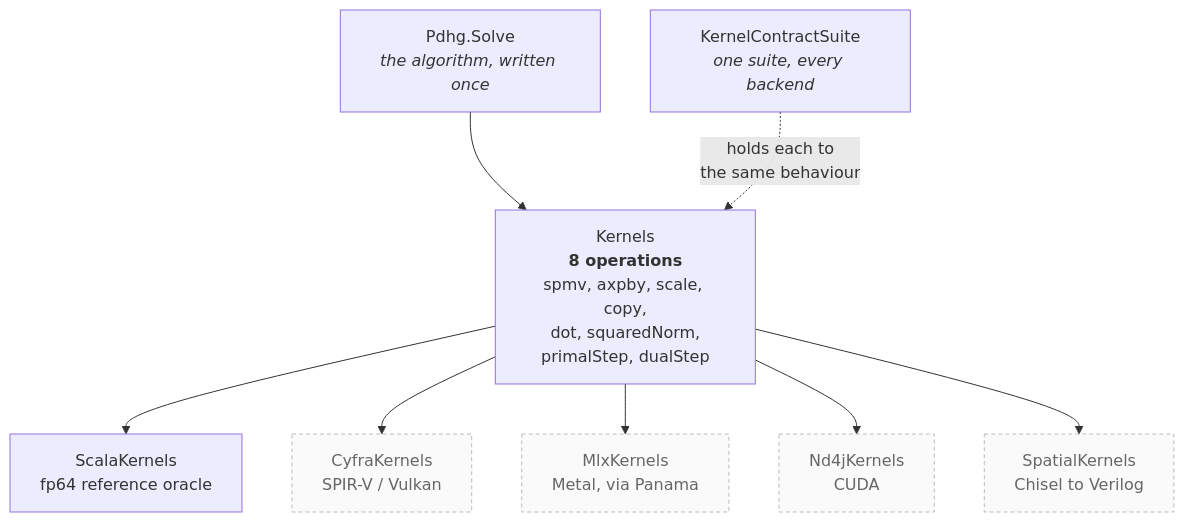
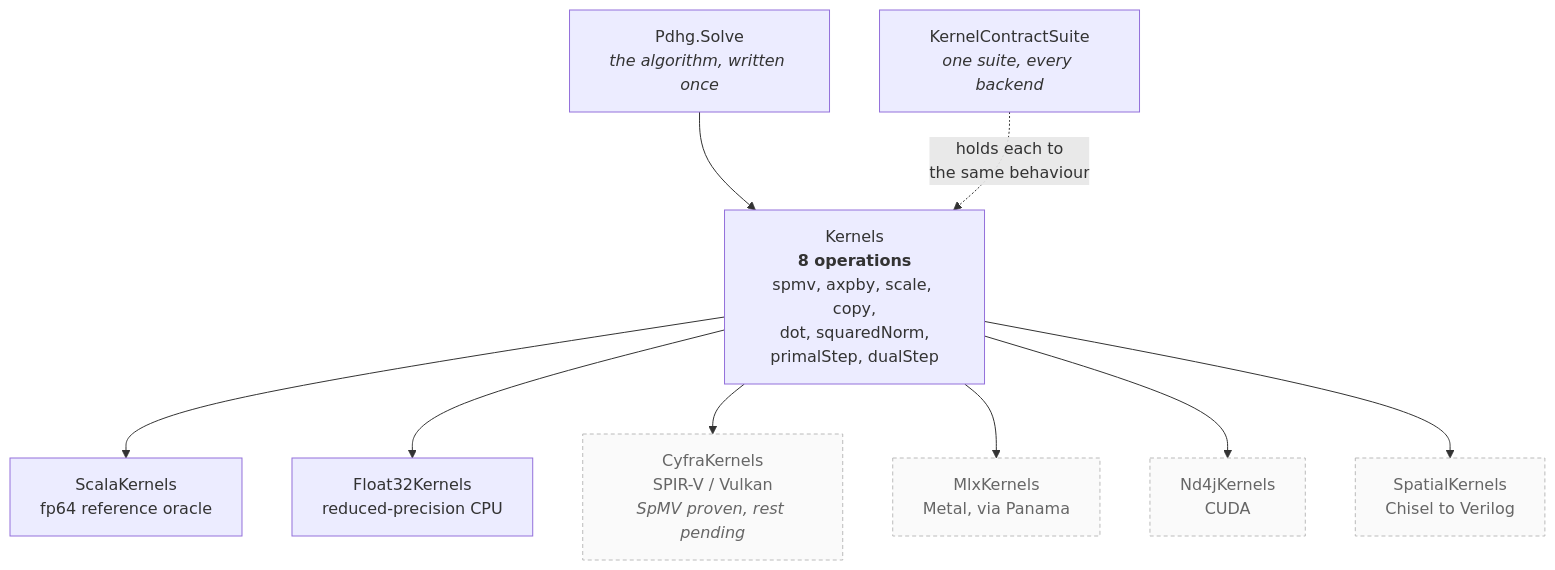
One commit to oluies/noaidi changed the fourth of 6 diagrams in ARCHITECTURE.md. Above: the diagram before and after it, drawn with Mermaid. The commit also changed 4 other files, not shown here.

````diff
--- a/ARCHITECTURE.md
+++ b/ARCHITECTURE.md
@@ -163,23 +163,25 @@
 ```mermaid
 graph TD
     loop["Pdhg.Solve<br/><i>the algorithm, written once</i>"]
     iface["Kernels<br/><b>8 operations</b><br/>spmv, axpby, scale, copy,<br/>dot, squaredNorm,<br/>primalStep, dualStep"]
 
     ref["ScalaKernels<br/>fp64 reference oracle"]
-    cyfra["CyfraKernels<br/>SPIR-V / Vulkan"]:::todo
+    f32["Float32Kernels<br/>reduced-precision CPU"]
+    cyfra["CyfraKernels<br/>SPIR-V / Vulkan<br/><i>SpMV proven, rest pending</i>"]:::todo
     mlx["MlxKernels<br/>Metal, via Panama"]:::todo
     cuda["Nd4jKernels<br/>CUDA"]:::todo
     spatial["SpatialKernels<br/>Chisel to Verilog"]:::todo
 
     contract["KernelContractSuite<br/><i>one suite, every backend</i>"]
 
     loop --> iface
     iface --> ref
+    iface --> f32
     iface --> cyfra
     iface --> mlx
     iface --> cuda
     iface --> spatial
     contract -.->|"holds each to<br/>the same behaviour"| iface
 
     classDef todo fill:#fafafa,stroke:#bbb,stroke-dasharray:4 3,color:#666;
 ```
````
